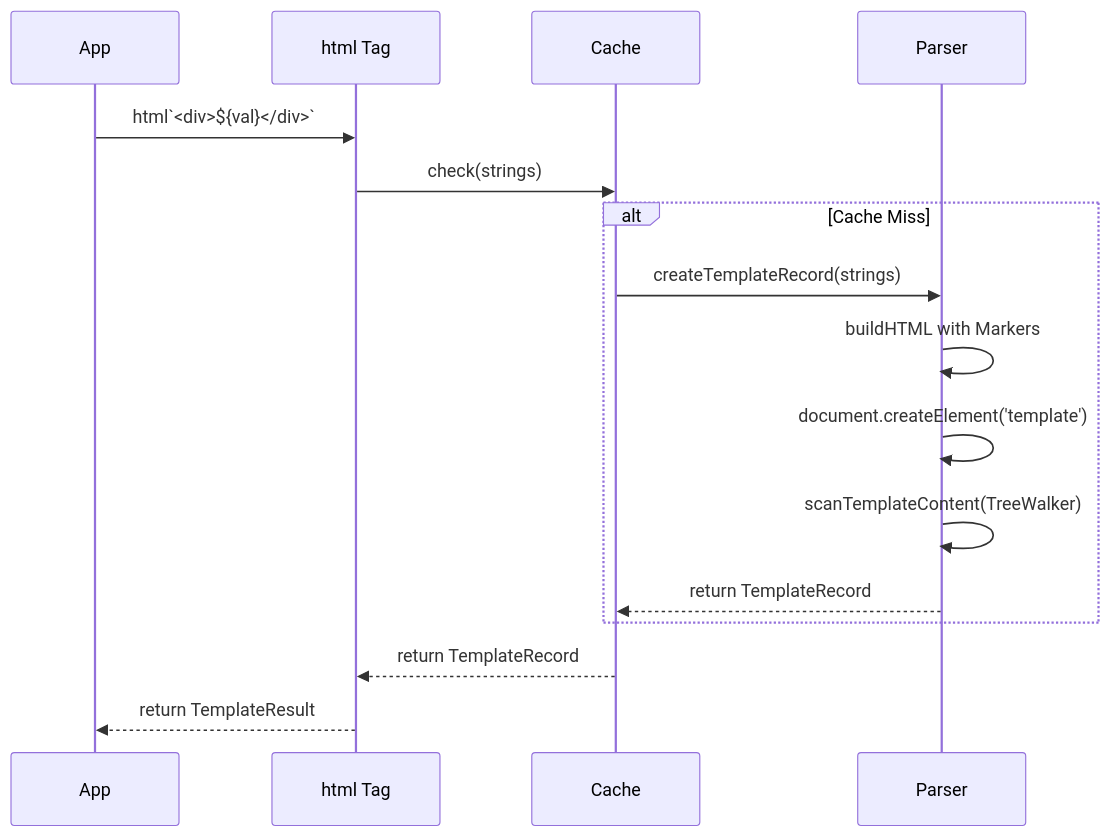
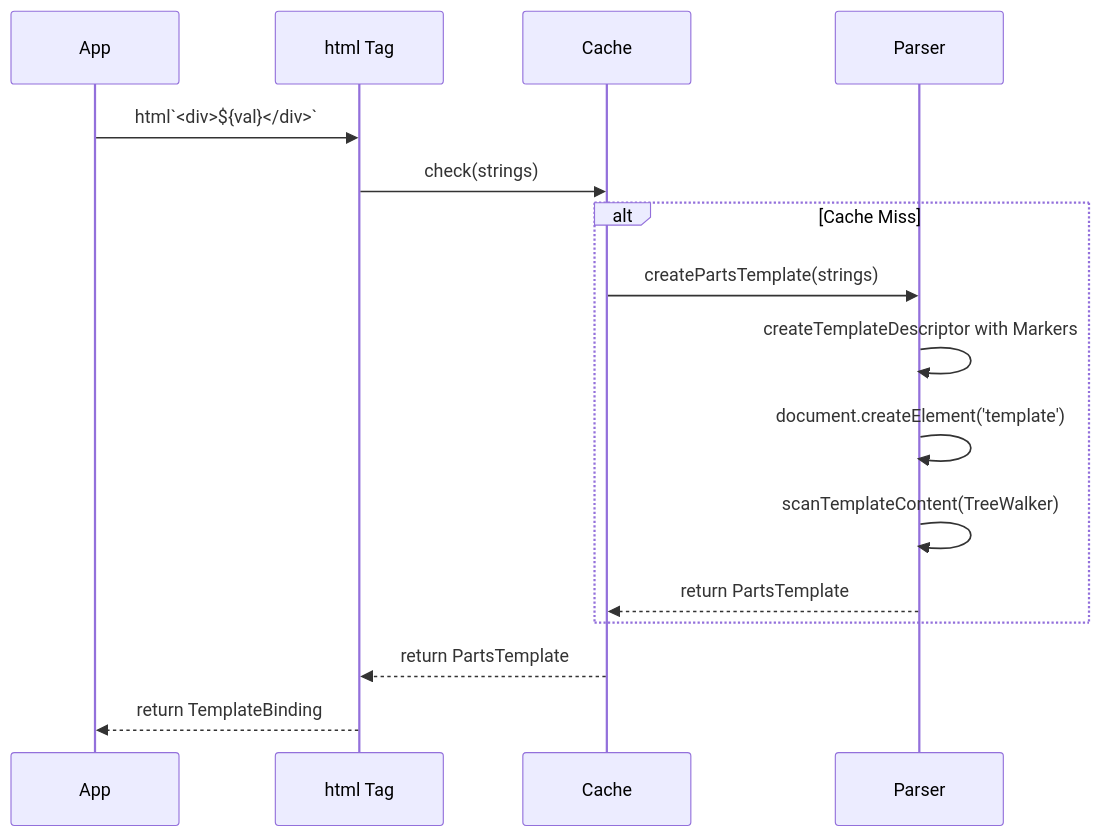
The first of 2 diagrams in packages/framework/docs/templating.md (rrattke/html-templating), drawn with Mermaid before and after one commit. The commit also changed other lines of this file and 26 other files, not shown here.

````diff
--- a/packages/framework/docs/templating.md
+++ b/packages/framework/docs/templating.md
@@ -66,19 +67,19 @@
 ```mermaid
 sequenceDiagram
     participant App
     participant HTML as html Tag
     participant Cache
     participant Parser
 
     App->>HTML: html`<div>${val}</div>`
     HTML->>Cache: check(strings)
     alt Cache Miss
-        Cache->>Parser: createTemplateRecord(strings)
-        Parser->>Parser: buildHTML with Markers
+        Cache->>Parser: createPartsTemplate(strings)
+        Parser->>Parser: createTemplateDescriptor with Markers
         Parser->>Parser: document.createElement('template')
         Parser->>Parser: scanTemplateContent(TreeWalker)
-        Parser-->>Cache: return TemplateRecord
+        Parser-->>Cache: return PartsTemplate
     end
-    Cache-->>HTML: return TemplateRecord
-    HTML-->>App: return TemplateResult
+    Cache-->>HTML: return PartsTemplate
+    HTML-->>App: return TemplateBinding
 ```
````
